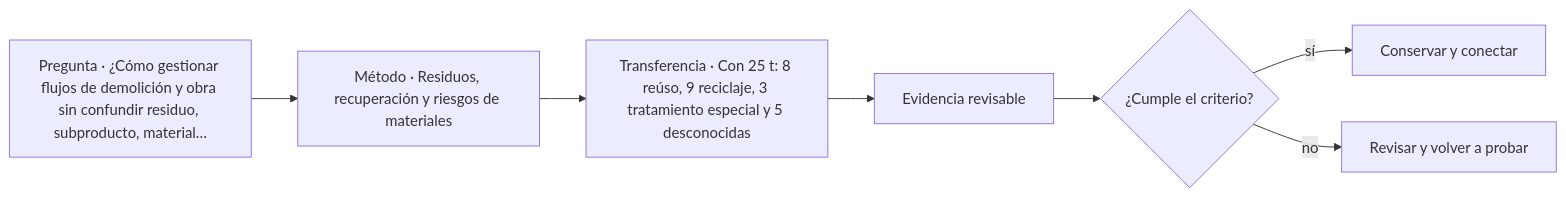
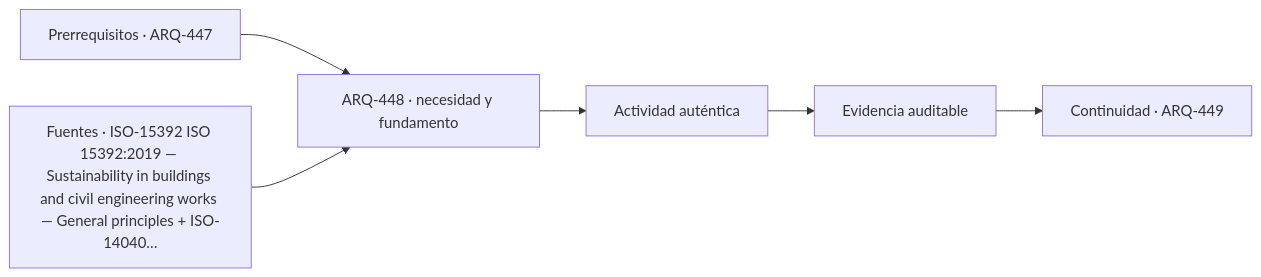
One commit to vladimiracunadev-create/architecture-built-environment-learning-program changed the diagram in classes/parte-45/ARQ-448.md. Above: the diagram before and after it, drawn with Mermaid. The commit also changed other lines of this file and 761 other files, not shown here.

````diff
--- a/classes/parte-45/ARQ-448.md
+++ b/classes/parte-45/ARQ-448.md
@@ -75,9 +87,8 @@
 ```mermaid
 flowchart LR
-    Q["Pregunta · ¿Cómo gestionar flujos de demolición y obra sin confundir residuo, subproducto, material…"] --> M["Método · Residuos, recuperación y riesgos de materiales"]
-    M --> P["Transferencia · Con 25 t: 8 reúso, 9 reciclaje, 3 tratamiento especial y 5 desconocidas"]
-    P --> E["Evidencia revisable"]
-    E --> C{"¿Cumple el criterio?"}
-    C -->|sí| T["Conservar y conectar"]
-    C -->|no| R["Revisar y volver a probar"]
+    A["Prerrequisitos · ARQ-447"] --> B["ARQ-448 · necesidad y fundamento"]
+    S["Fuentes · ISO-15392 ISO 15392:2019 — Sustainability in buildings and civil engineering works — General principles + ISO-14040…"] --> B
+    B --> C["Actividad auténtica"]
+    C --> D["Evidencia auditable"]
+    D --> E["Continuidad · ARQ-449"]
 ```
````
